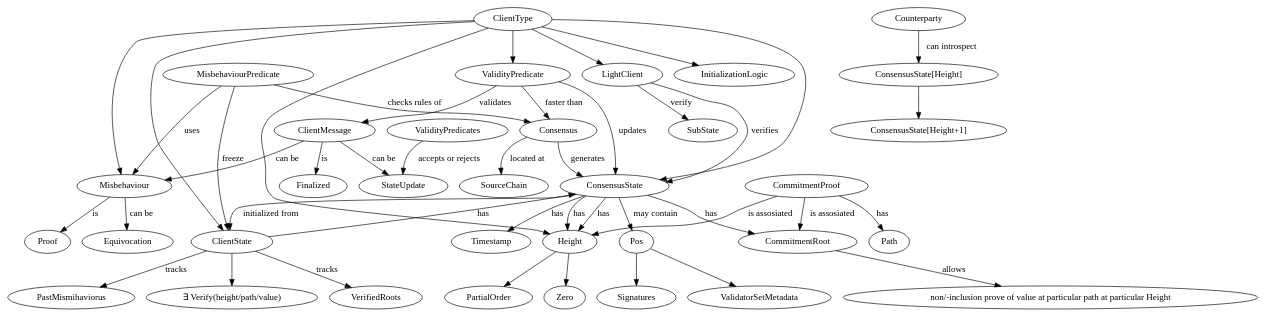
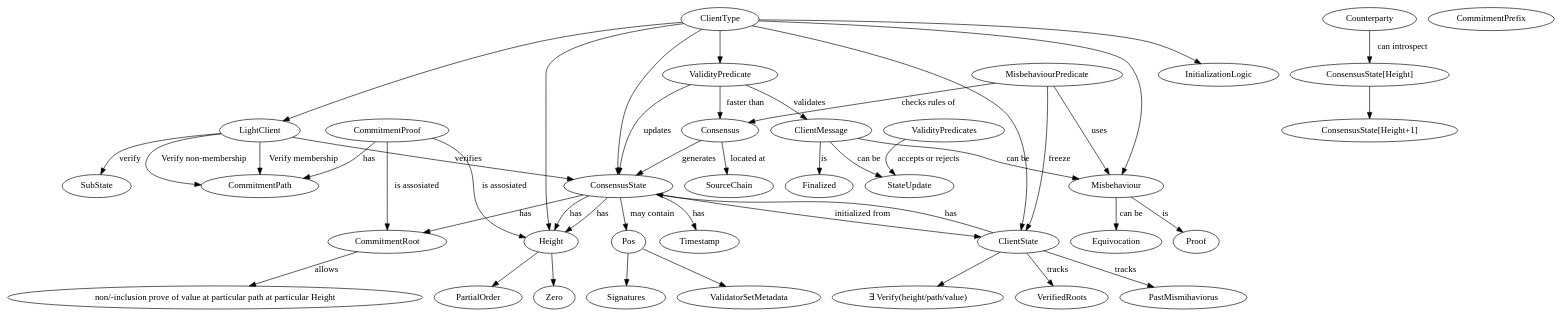
Before and after one commit to dzmitry-lahoda/lahoda-xyz: the diagram in learning/blockchain/ibc/ibc.dot, drawn with Graphviz. The commit also changed 15 other files, not shown here.

```diff
--- a/learning/blockchain/ibc/ibc.dot
+++ b/learning/blockchain/ibc/ibc.dot
@@ -1,45 +1,49 @@
 digraph {
     Consensus -> ConsensusState [label = "generates";];
     ConsensusState -> Height [label = "has";];
     Height -> PartialOrder
     Height -> Zero
     ConsensusState -> CommitmentRoot [label = "has";];
     ConsensusState -> Timestamp [label = "has";];
     ConsensusState -> ClientState [label = "initialized from";];
     ConsensusState -> Height [label = "has";];
     ConsensusState -> Pos [label="may contain"]
     Pos -> Signatures 
     Pos -> ValidatorSetMetadata
     Consensus -> SourceChain [label="located at"]
     ClientState -> ConsensusState [label = "has";];
     CommitmentRoot -> "non/-inclusion prove of value at particular path at particular Height" [label = "allows";];
     ClientMessage -> StateUpdate [label = "can be";];
     ClientMessage -> Misbehaviour [label = "can be";];
     ValidityPredicate -> ClientMessage [label = "validates";];
     ValidityPredicate -> ConsensusState [label = "updates";];
     ValidityPredicate -> Consensus [label = "faster than";];
     ValidityPredicates -> StateUpdate [label="accepts or rejects"]
     "ConsensusState[Height]" -> "ConsensusState[Height+1]";
     Counterparty -> "ConsensusState[Height]" [label = "can introspect";];
     ClientState -> "∃ Verify(height/path/value)";
     MisbehaviourPredicate -> Consensus [label = "checks rules of";];
     MisbehaviourPredicate -> ClientState [label = "freeze";];
     Misbehaviour -> Proof [label="is"]
     MisbehaviourPredicate -> Misbehaviour [label="uses"]
     Misbehaviour -> Equivocation [label="can be"]
     LightClient -> ConsensusState [label="verifies"]
     LightClient -> SubState [label="verify"]
     ClientType -> ValidityPredicate
     ClientType -> Misbehaviour
     ClientType -> LightClient
     ClientType -> InitializationLogic
     ClientType -> Height
     ClientType -> ConsensusState
     ClientType -> ClientState
     ClientState -> VerifiedRoots [label="tracks"]
     ClientState -> PastMismihaviorus [label="tracks"]
     ClientMessage -> Finalized [label="is"]
     CommitmentProof -> CommitmentRoot [label ="is assosiated"]
     CommitmentProof -> Height [label ="is assosiated"]
-    CommitmentProof -> Path [label ="has"]
+    CommitmentProof -> CommitmentPath [label ="has"]
+    CommitmentPrefix
+    LightClient -> CommitmentPath [label = "Verify membership"]
+    LightClient -> CommitmentPath [label = "Verify non-membership"]
+    
 }
```
